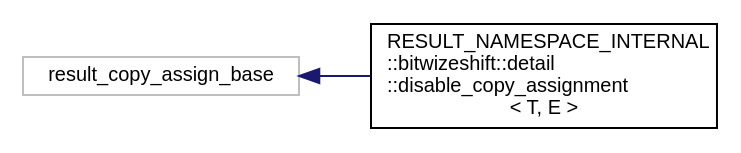
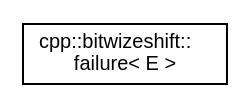
One commit to bitwizeshift/result changed the diagram in api/latest/inherit_graph_1.dot. Above: the diagram before and after it, drawn with Graphviz. The commit also changed 309 other files, not shown here.

```diff
--- a/api/latest/inherit_graph_1.dot
+++ b/api/latest/inherit_graph_1.dot
@@ -1,9 +1,7 @@
 digraph "Graphical Class Hierarchy"
 {
   edge [fontname="Helvetica",fontsize="10",labelfontname="Helvetica",labelfontsize="10"];
   node [fontname="Helvetica",fontsize="10",shape=record];
   rankdir="LR";
-  Node23 [label="result_copy_assign_base",height=0.2,width=0.4,color="grey75", fillcolor="white", style="filled"];
-  Node23 -> Node0 [dir="back",color="midnightblue",fontsize="10",style="solid",fontname="Helvetica"];
-  Node0 [label="RESULT_NAMESPACE_INTERNAL\l::bitwizeshift::detail\l::disable_copy_assignment\l\< T, E \>",height=0.2,width=0.4,color="black", fillcolor="white", style="filled",URL="$da/d84/struct_r_e_s_u_l_t___n_a_m_e_s_p_a_c_e___i_n_t_e_r_n_a_l_1_1bitwizeshift_1_1detail_1_1disable__copy__assignment.html"];
+  Node0 [label="cpp::bitwizeshift::\lfailure\< E \>",height=0.2,width=0.4,color="black", fillcolor="white", style="filled",URL="$dc/dd0/classcpp_1_1bitwizeshift_1_1failure.html",tooltip="A semantic type used for distinguishing failure values in an API that returns result types..."];
 }
```
